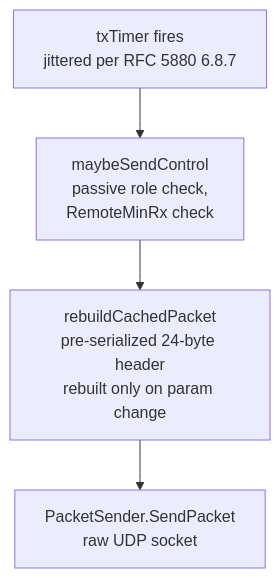
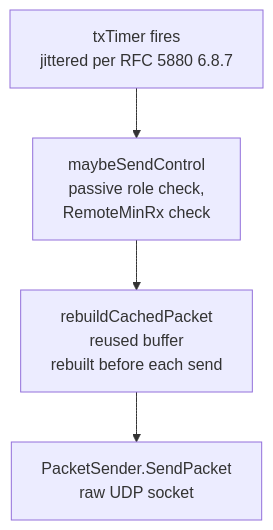
The fourth of 6 diagrams in docs/en/01-architecture.md (dantte-lp/gobfd), drawn with Mermaid before and after one commit. The commit also changed other lines of this file and 26 other files, not shown here.

````diff
--- a/docs/en/01-architecture.md
+++ b/docs/en/01-architecture.md
@@ -143,6 +143,6 @@
 ```mermaid
 flowchart TD
     TIMER["txTimer fires<br/>jittered per RFC 5880 6.8.7"] --> CHECK["maybeSendControl<br/>passive role check,<br/>RemoteMinRx check"]
-    CHECK --> REBUILD["rebuildCachedPacket<br/>pre-serialized 24-byte header<br/>rebuilt only on param change"]
+    CHECK --> REBUILD["rebuildCachedPacket<br/>reused buffer<br/>rebuilt before each send"]
     REBUILD --> SEND["PacketSender.SendPacket<br/>raw UDP socket"]
 ```
````
